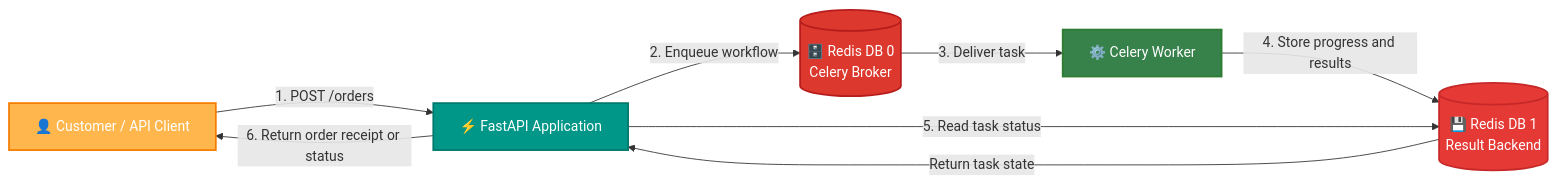
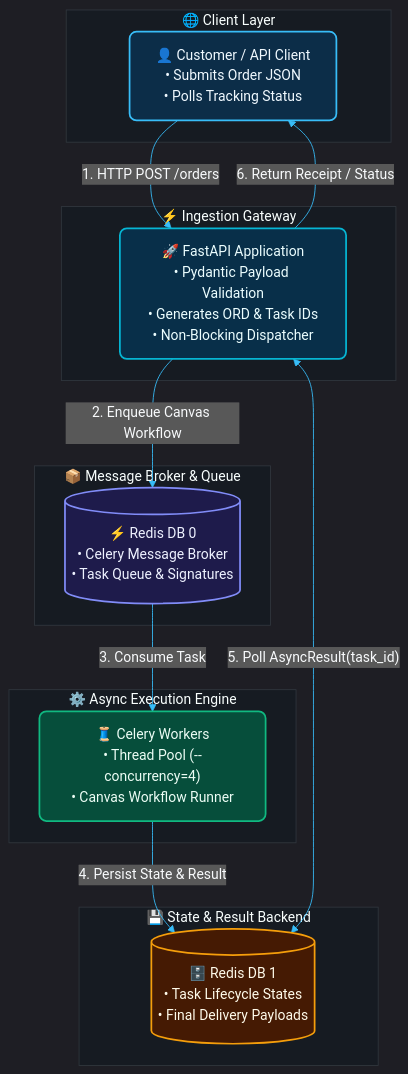
One commit to gowripriya521/fastapi-celery-redis-order-tracker changed the third of 4 diagrams in README.md. Above: the diagram before and after it, drawn with Mermaid. The commit also changed other lines of this file, not shown here.

````diff
--- a/README.md
+++ b/README.md
@@ -575,22 +574,36 @@
 ```mermaid
-flowchart LR
-    classDef client fill:#FFB74D,stroke:#F57C00,stroke-width:2px,color:#fff;
-    classDef api fill:#009688,stroke:#00796B,stroke-width:2px,color:#fff;
-    classDef broker fill:#DC382D,stroke:#B71C1C,stroke-width:2px,color:#fff;
-    classDef worker fill:#37814A,stroke:#2E7D32,stroke-width:2px,color:#fff;
-    classDef backend fill:#E53935,stroke:#C62828,stroke-width:2px,color:#fff;
+%%{init: {'theme': 'dark', 'themeVariables': { 'darkMode': true, 'background': '#0d1117', 'lineColor': '#38bdf8', 'textColor': '#f8fafc', 'clusterBkg': '#161b22', 'clusterBorder': '#30363d' }}}%%
+flowchart TD
+    classDef clientBox fill:#0c2d48,stroke:#38bdf8,stroke-width:2px,color:#f0f9ff,rx:8,ry:8;
+    classDef gatewayBox fill:#082f49,stroke:#06b6d4,stroke-width:2px,color:#ecfeff,rx:8,ry:8;
+    classDef brokerBox fill:#1e1b4b,stroke:#818cf8,stroke-width:2px,color:#eef2ff,rx:8,ry:8;
+    classDef workerBox fill:#064e3b,stroke:#10b981,stroke-width:2px,color:#ecfdf5,rx:8,ry:8;
+    classDef resultBox fill:#451a03,stroke:#f59e0b,stroke-width:2px,color:#fffbeb,rx:8,ry:8;
 
-    Customer["👤 Customer / API Client"]:::client
-    API["⚡ FastAPI Application"]:::api
-    Broker[("🗄️ Redis DB 0<br/>Celery Broker")]:::broker
-    Worker["⚙️ Celery Worker"]:::worker
-    Backend[("💾 Redis DB 1<br/>Result Backend")]:::backend
+    subgraph ClientLayer ["🌐 Client Layer"]
+        Customer["👤 Customer / API Client<br/>• Submits Order JSON<br/>• Polls Tracking Status"]:::clientBox
+    end
 
-    Customer -->|"1. POST /orders"| API
-    API -->|"2. Enqueue workflow"| Broker
-    Broker -->|"3. Deliver task"| Worker
-    Worker -->|"4. Store progress and results"| Backend
-    API -->|"5. Read task status"| Backend
-    Backend -->|"Return task state"| API
-    API -->|"6. Return order receipt or status"| Customer
+    subgraph IngestionGateway ["⚡ Ingestion Gateway"]
+        API["🚀 FastAPI Application<br/>• Pydantic Payload Validation<br/>• Generates ORD & Task IDs<br/>• Non-Blocking Dispatcher"]:::gatewayBox
+    end
+
+    subgraph MessageBroker ["📦 Message Broker & Queue"]
+        Broker[("⚡ Redis DB 0<br/>• Celery Message Broker<br/>• Task Queue & Signatures")]:::brokerBox
+    end
+
+    subgraph AsyncExecution ["⚙️ Async Execution Engine"]
+        Worker["🧵 Celery Workers<br/>• Thread Pool (--concurrency=4)<br/>• Canvas Workflow Runner"]:::workerBox
+    end
+
+    subgraph ResultStorage ["💾 State & Result Backend"]
+        Backend[("🗄️ Redis DB 1<br/>• Task Lifecycle States<br/>• Final Delivery Payloads")]:::resultBox
+    end
+
+    Customer -->|"1. HTTP POST /orders"| API
+    API -->|"2. Enqueue Canvas Workflow"| Broker
+    Broker -->|"3. Consume Task"| Worker
+    Worker -->|"4. Persist State & Result"| Backend
+    API <-->|"5. Poll AsyncResult(task_id)"| Backend
+    API -->|"6. Return Receipt / Status"| Customer
 ```
````
